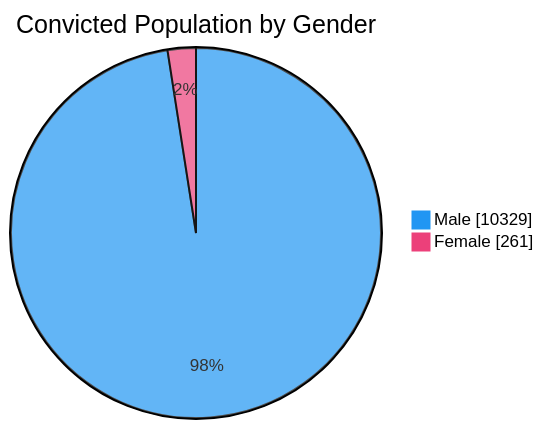
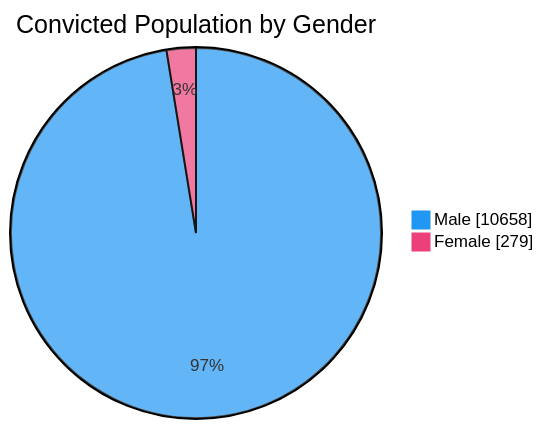
The third of 7 diagrams in README.md (nuuuwan/lk_prisons), drawn with Mermaid before and after one commit. The commit also changed other lines of this file and 1 other file, not shown here.

````diff
--- a/README.md
+++ b/README.md
@@ -65,6 +65,6 @@
 ```mermaid
 %%{init: {'themeVariables': {'pie1': '#2196F3', 'pie2': '#EC407A'}}}%%
 pie showData title Convicted Population by Gender
-    "Male" : 10329
-    "Female" : 261
+    "Male" : 10658
+    "Female" : 279
 ```
````
